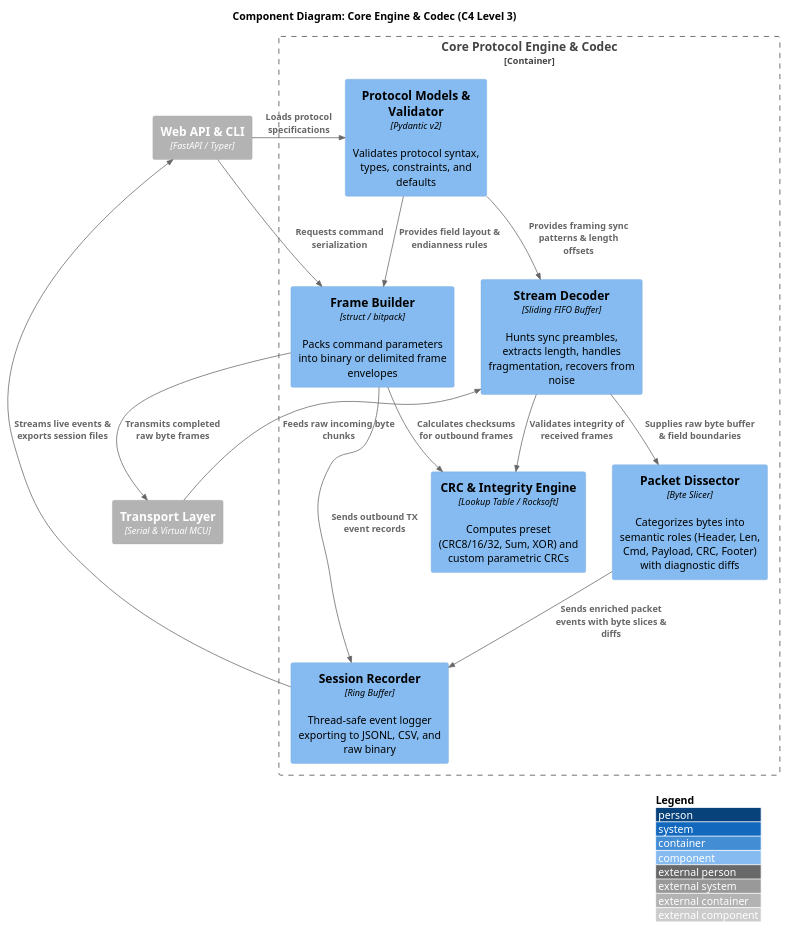
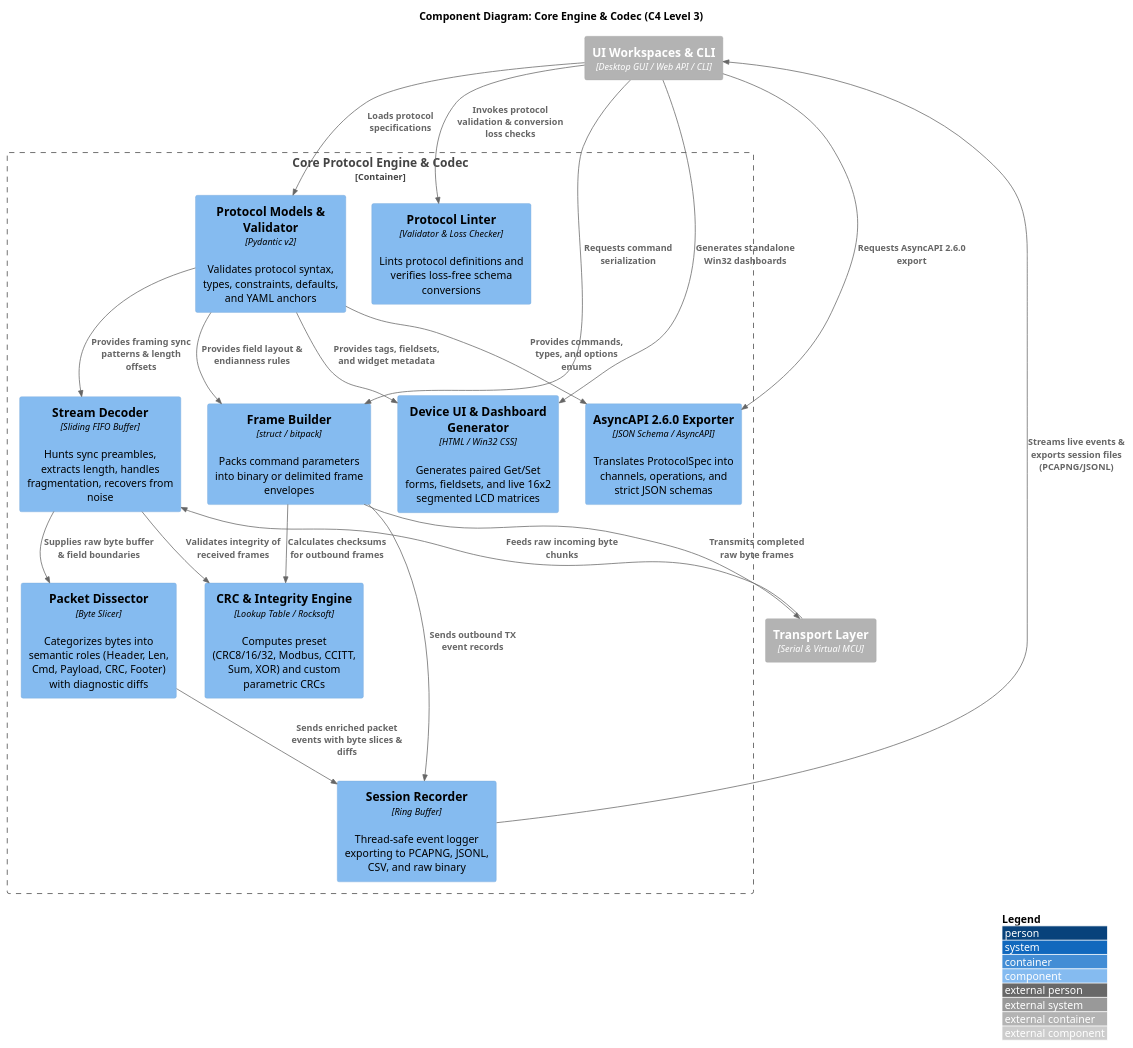
Before and after one commit to markbac/omni-uart: the diagram in docs/diagrams/puml/c4_component_core.puml, drawn with PlantUML. The commit also changed 99 other files, not shown here.

```diff
--- a/docs/diagrams/puml/c4_component_core.puml
+++ b/docs/diagrams/puml/c4_component_core.puml
@@ -1,37 +1,45 @@
 @startuml c4_component_core
 !include <C4/C4_Component>
 
 LAYOUT_WITH_LEGEND()
 
 title Component Diagram: Core Engine & Codec (C4 Level 3)
 
 Container_Boundary(core, "Core Protocol Engine & Codec") {
-    Component(models, "Protocol Models & Validator", "Pydantic v2", "Validates protocol syntax, types, constraints, and defaults")
+    Component(models, "Protocol Models & Validator", "Pydantic v2", "Validates protocol syntax, types, constraints, defaults, and YAML anchors")
     Component(builder, "Frame Builder", "struct / bitpack", "Packs command parameters into binary or delimited frame envelopes")
     Component(decoder, "Stream Decoder", "Sliding FIFO Buffer", "Hunts sync preambles, extracts length, handles fragmentation, recovers from noise")
-    Component(crc_engine, "CRC & Integrity Engine", "Lookup Table / Rocksoft", "Computes preset (CRC8/16/32, Sum, XOR) and custom parametric CRCs")
+    Component(crc_engine, "CRC & Integrity Engine", "Lookup Table / Rocksoft", "Computes preset (CRC8/16/32, Modbus, CCITT, Sum, XOR) and custom parametric CRCs")
     Component(dissector, "Packet Dissector", "Byte Slicer", "Categorizes bytes into semantic roles (Header, Len, Cmd, Payload, CRC, Footer) with diagnostic diffs")
-    Component(recorder, "Session Recorder", "Ring Buffer", "Thread-safe event logger exporting to JSONL, CSV, and raw binary")
+    Component(recorder, "Session Recorder", "Ring Buffer", "Thread-safe event logger exporting to PCAPNG, JSONL, CSV, and raw binary")
+    Component(dashboard_gen, "Device UI & Dashboard Generator", "HTML / Win32 CSS", "Generates paired Get/Set forms, fieldsets, and live 16x2 segmented LCD matrices")
+    Component(asyncapi_exp, "AsyncAPI 2.6.0 Exporter", "JSON Schema / AsyncAPI", "Translates ProtocolSpec into channels, operations, and strict JSON schemas")
+    Component(linter, "Protocol Linter", "Validator & Loss Checker", "Lints protocol definitions and verifies loss-free schema conversions")
 }
 
 Container_Ext(transport, "Transport Layer", "Serial & Virtual MCU")
-Container_Ext(ui_api, "Web API & CLI", "FastAPI / Typer")
+Container_Ext(ui_api, "UI Workspaces & CLI", "Desktop GUI / Web API / CLI")
 
 Rel(ui_api, models, "Loads protocol specifications")
+Rel(ui_api, linter, "Invokes protocol validation & conversion loss checks")
+Rel(ui_api, dashboard_gen, "Generates standalone Win32 dashboards")
+Rel(ui_api, asyncapi_exp, "Requests AsyncAPI 2.6.0 export")
 Rel(ui_api, builder, "Requests command serialization")
 Rel(transport, decoder, "Feeds raw incoming byte chunks")
 
 Rel(models, builder, "Provides field layout & endianness rules")
 Rel(models, decoder, "Provides framing sync patterns & length offsets")
+Rel(models, dashboard_gen, "Provides tags, fieldsets, and widget metadata")
+Rel(models, asyncapi_exp, "Provides commands, types, and options enums")
 
 Rel(builder, crc_engine, "Calculates checksums for outbound frames")
 Rel(decoder, crc_engine, "Validates integrity of received frames")
 
 Rel(decoder, dissector, "Supplies raw byte buffer & field boundaries")
 Rel(dissector, recorder, "Sends enriched packet events with byte slices & diffs")
 Rel(builder, recorder, "Sends outbound TX event records")
 
 Rel(builder, transport, "Transmits completed raw byte frames")
-Rel(recorder, ui_api, "Streams live events & exports session files")
+Rel(recorder, ui_api, "Streams live events & exports session files (PCAPNG/JSONL)")
 
 @enduml
```
